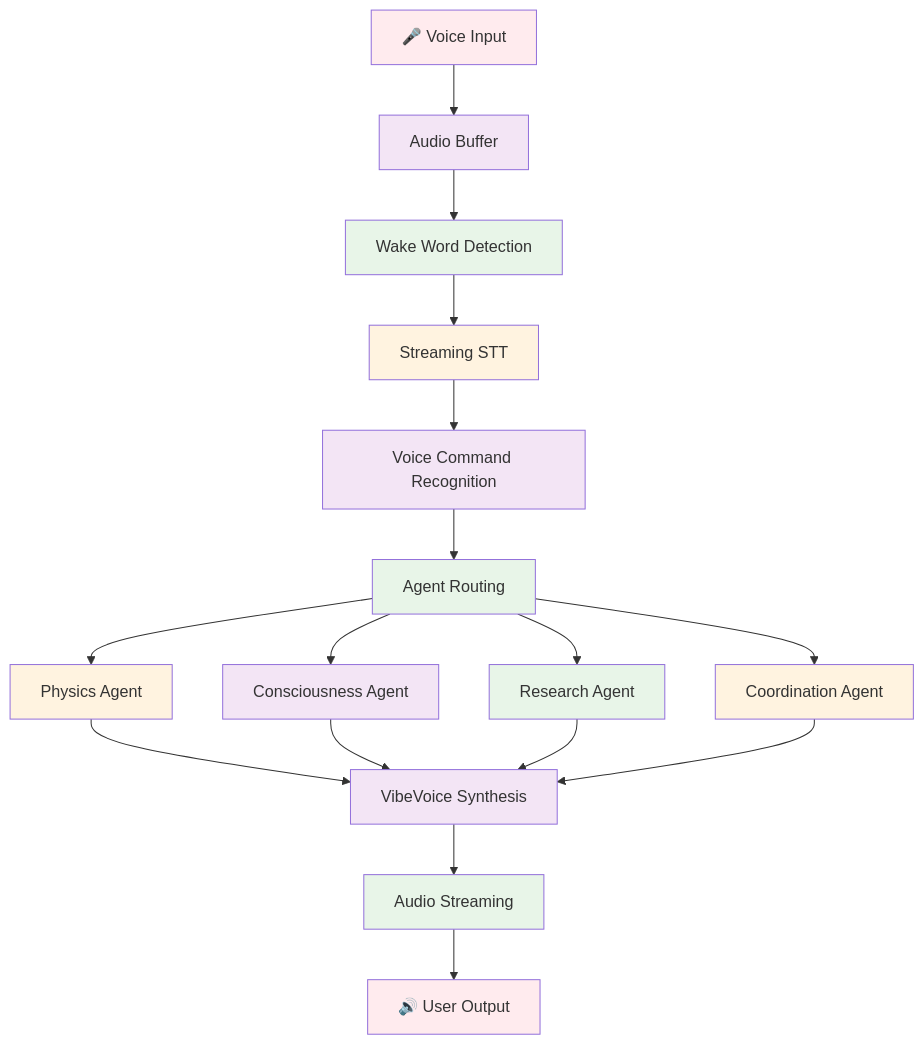
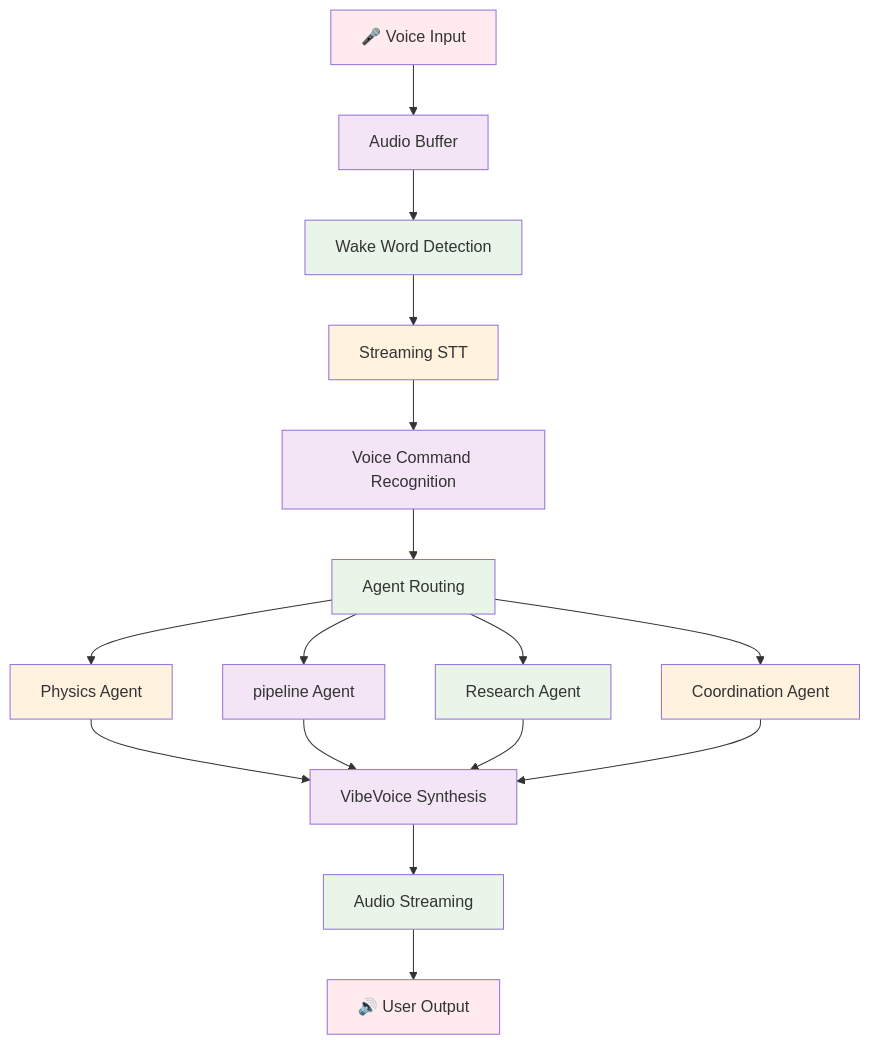
One commit to Organica-Ai-Solutions/NIS_Protocol changed the second of 12 diagrams in docs/organized/system/dataflow_diagram.mmd. Above: the diagram before and after it, drawn with Mermaid. The commit also changed other lines of this file and 213 other files, not shown here.

````diff
--- a/docs/organized/system/dataflow_diagram.mmd
+++ b/docs/organized/system/dataflow_diagram.mmd
@@ -38,32 +38,32 @@
 ```mermaid
 graph TB
     A[🎤 Voice Input] --> B[Audio Buffer]
     B --> C[Wake Word Detection]
     C --> D[Streaming STT]
     D --> E[Voice Command Recognition]
     E --> F[Agent Routing]
     F --> G[Physics Agent]
-    F --> H[Consciousness Agent]
+    F --> H[pipeline Agent]
     F --> I[Research Agent]
     F --> J[Coordination Agent]
     G --> K[VibeVoice Synthesis]
     H --> K
     I --> K
     J --> K
     K --> L[Audio Streaming]
     L --> M[🔊 User Output]
 
     style A fill:#ffebee
     style B fill:#f3e5f5
     style C fill:#e8f5e8
     style D fill:#fff3e0
     style E fill:#f3e5f5
     style F fill:#e8f5e8
     style G fill:#fff3e0
     style H fill:#f3e5f5
     style I fill:#e8f5e8
     style J fill:#fff3e0
     style K fill:#f3e5f5
     style L fill:#e8f5e8
     style M fill:#ffebee
 ```
````
